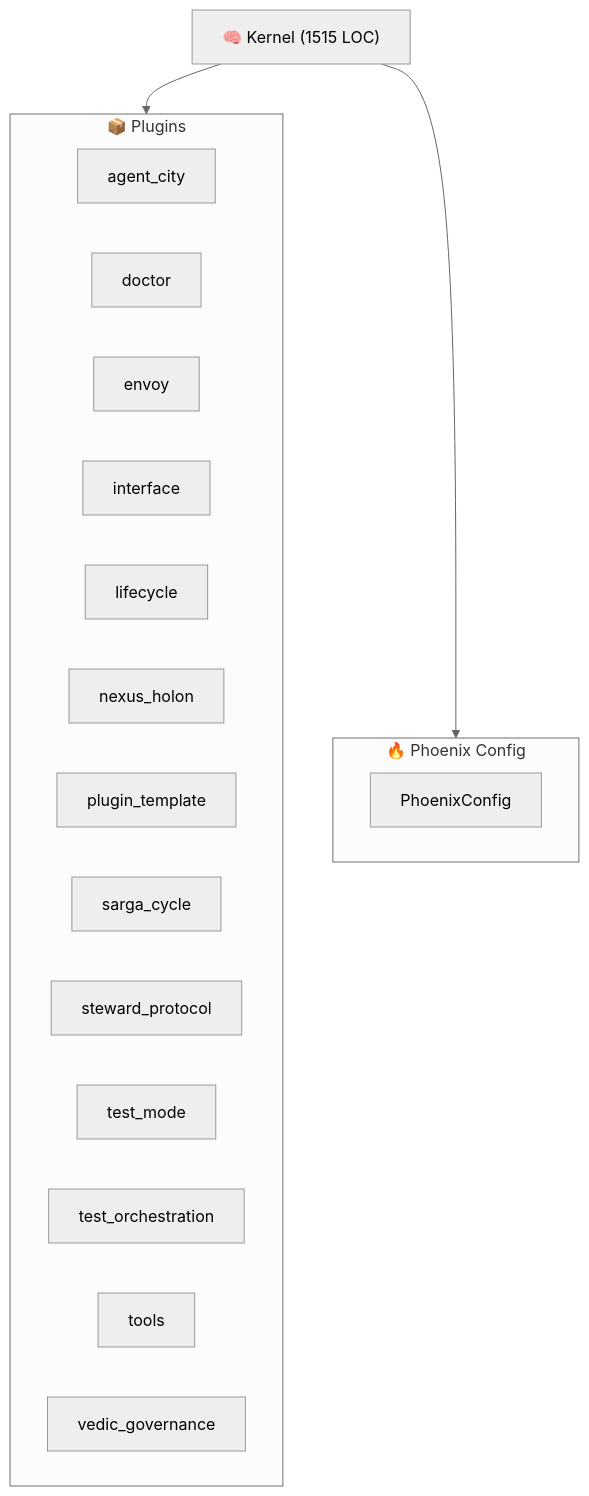
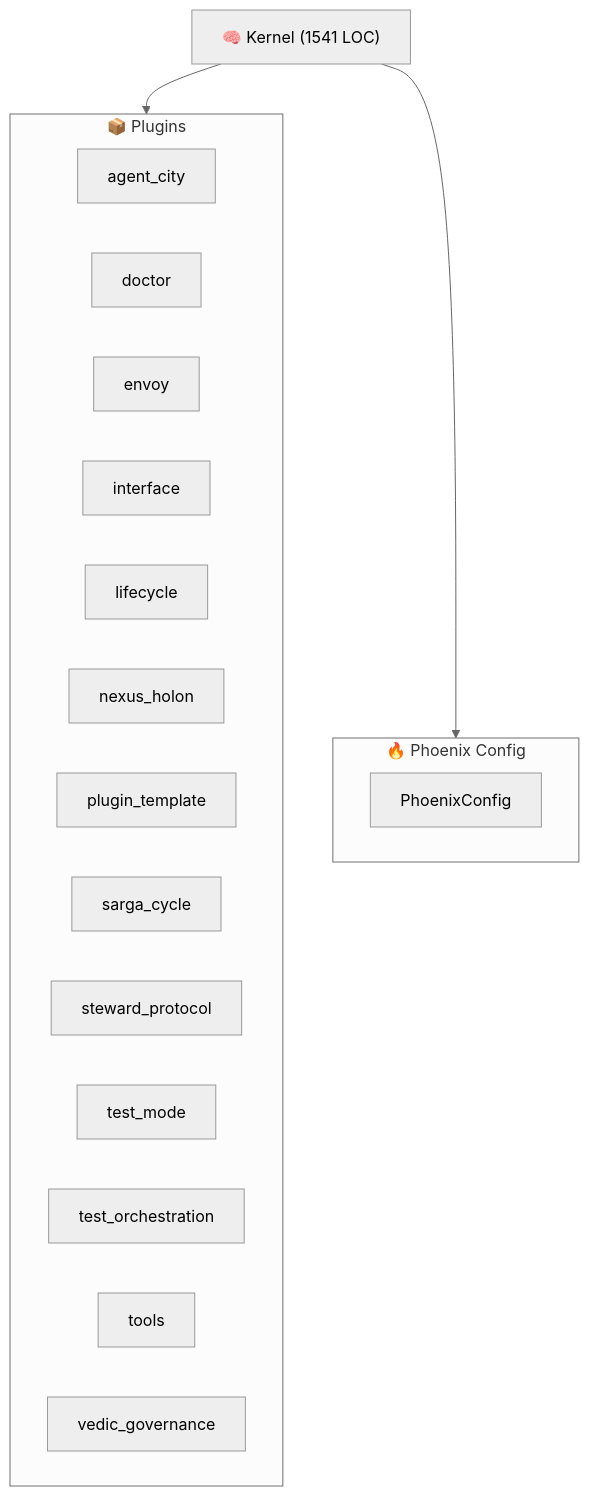
Before and after one commit to kimeisele/steward-protocol: the diagram in ARCHITECTURE.md, drawn with Mermaid (neutral theme). The commit also changed other lines of this file and 15 other files, not shown here.

````diff
--- a/ARCHITECTURE.md
+++ b/ARCHITECTURE.md
@@ -8,24 +8,24 @@
 ```mermaid
 graph TB
-    K["🧠 Kernel (1515 LOC)"]
+    K["🧠 Kernel (1541 LOC)"]
     subgraph Plugins["📦 Plugins"]
         P_agent_city["agent_city"]
         P_doctor["doctor"]
         P_envoy["envoy"]
         P_interface["interface"]
         P_lifecycle["lifecycle"]
         P_nexus_holon["nexus_holon"]
         P_plugin_template["plugin_template"]
         P_sarga_cycle["sarga_cycle"]
         P_steward_protocol["steward_protocol"]
         P_test_mode["test_mode"]
         P_test_orchestration["test_orchestration"]
         P_tools["tools"]
         P_vedic_governance["vedic_governance"]
     end
     K --> Plugins
     subgraph Config["🔥 Phoenix Config"]
         PC[PhoenixConfig]
     end
     K --> Config
 ```
````
